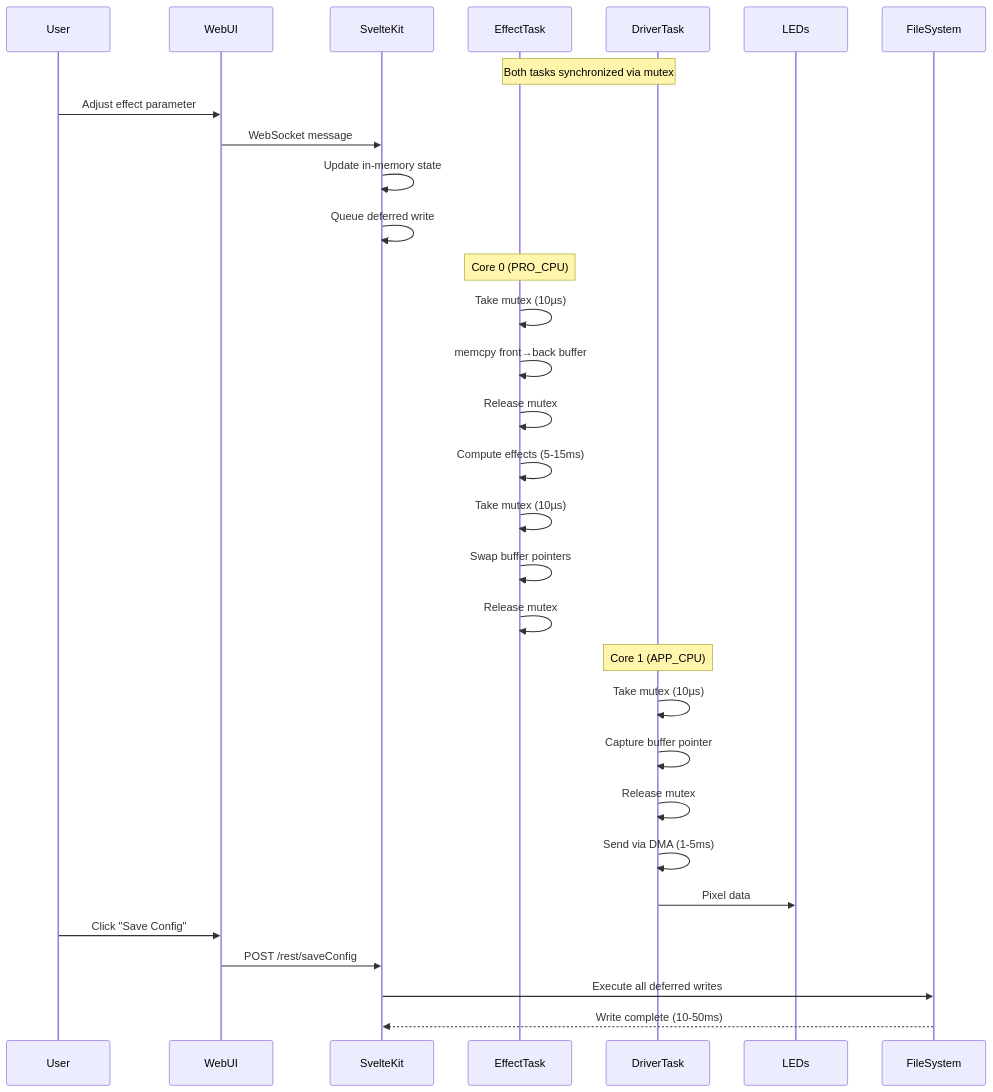
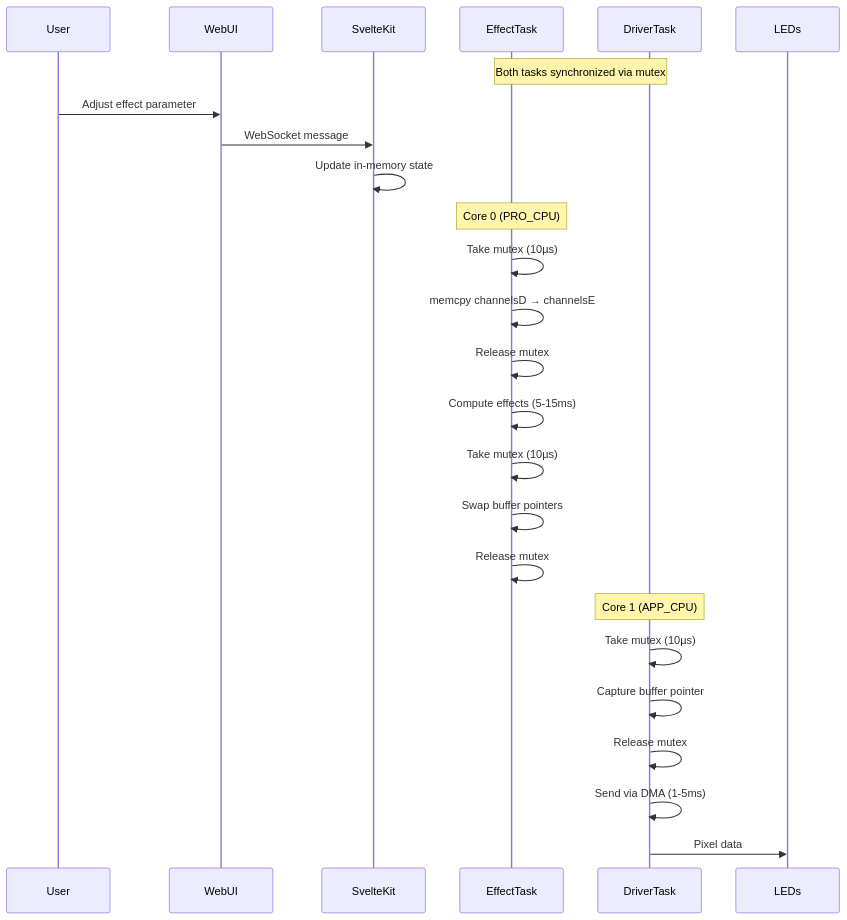
One commit to troyhacks/MoonLight changed the first of 5 diagrams in docs/develop/architecture.md. Above: the diagram before and after it, drawn with Mermaid. The commit also changed other lines of this file and 2 other files, not shown here.

Commit message:
Update architecture

````diff
--- a/docs/develop/architecture.md
+++ b/docs/develop/architecture.md
@@ -40,38 +40,31 @@
 ```mermaid
 sequenceDiagram
     participant User
     participant WebUI
     participant SvelteKit
     participant EffectTask
     participant DriverTask
     participant LEDs
-    participant FileSystem
 
     Note over EffectTask,DriverTask: Both tasks synchronized via mutex
 
     User->>WebUI: Adjust effect parameter
     WebUI->>SvelteKit: WebSocket message
     SvelteKit->>SvelteKit: Update in-memory state
-    SvelteKit->>SvelteKit: Queue deferred write
     
     Note over EffectTask: Core 0 (PRO_CPU)
     EffectTask->>EffectTask: Take mutex (10µs)
-    EffectTask->>EffectTask: memcpy front→back buffer
+    EffectTask->>EffectTask: memcpy channelsD → channelsE
     EffectTask->>EffectTask: Release mutex
     EffectTask->>EffectTask: Compute effects (5-15ms)
     EffectTask->>EffectTask: Take mutex (10µs)
     EffectTask->>EffectTask: Swap buffer pointers
     EffectTask->>EffectTask: Release mutex
 
     Note over DriverTask: Core 1 (APP_CPU)
     DriverTask->>DriverTask: Take mutex (10µs)
     DriverTask->>DriverTask: Capture buffer pointer
     DriverTask->>DriverTask: Release mutex
     DriverTask->>DriverTask: Send via DMA (1-5ms)
     DriverTask->>LEDs: Pixel data
-
-    User->>WebUI: Click "Save Config"
-    WebUI->>SvelteKit: POST /rest/saveConfig
-    SvelteKit->>FileSystem: Execute all deferred writes
-    FileSystem-->>SvelteKit: Write complete (10-50ms)
 ```
````
